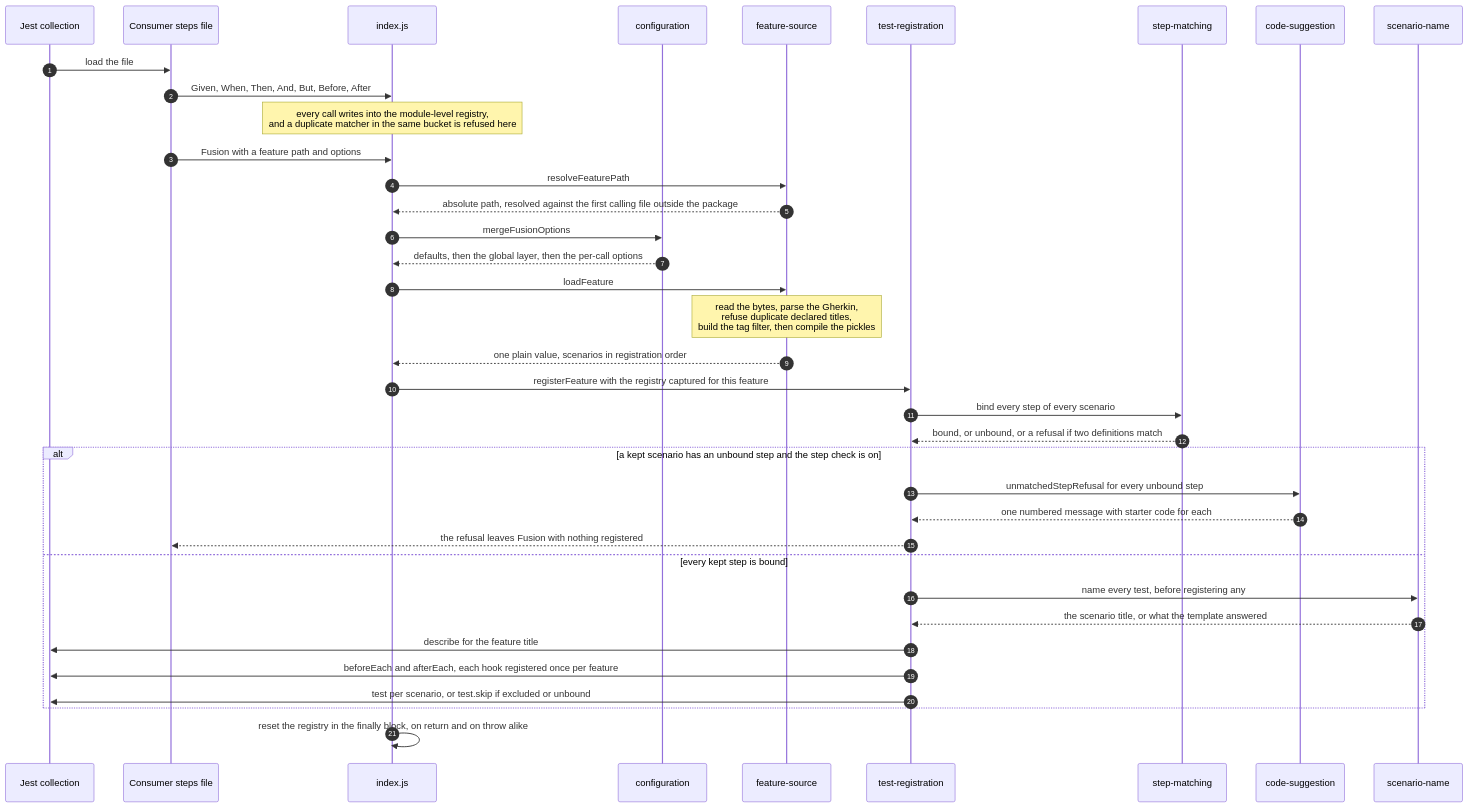
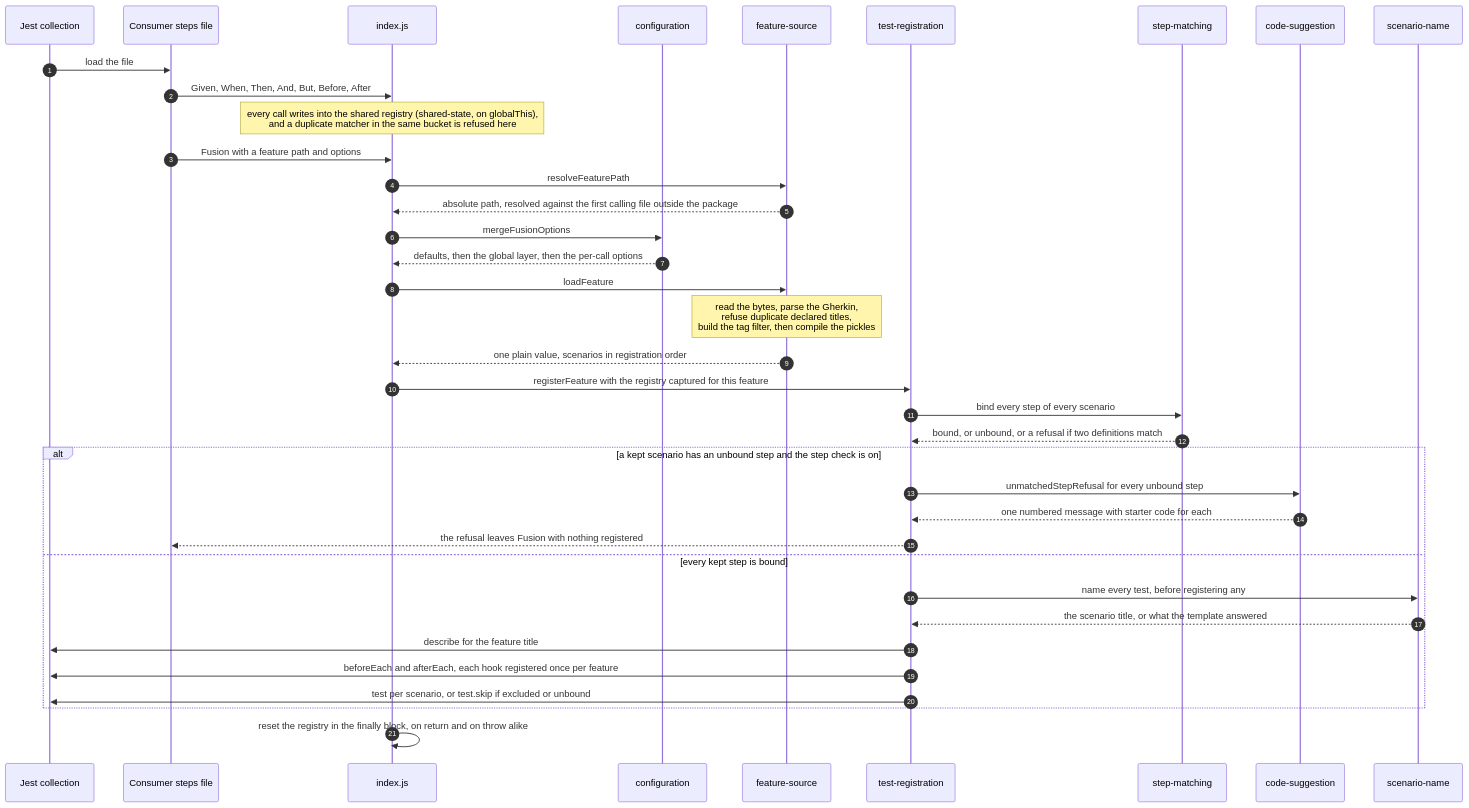
Before and after one commit to gotreasa/jest-cucumber-fusion: the third of 4 diagrams in docs/Architecture.md, drawn with Mermaid. The commit also changed other lines of this file and 15 other files, not shown here.

````diff
--- a/docs/Architecture.md
+++ b/docs/Architecture.md
@@ -154,40 +154,40 @@
 ```mermaid
 sequenceDiagram
     autonumber
     participant Jest as Jest collection
     participant Steps as Consumer steps file
     participant Fusion as index.js
     participant Config as configuration
     participant Source as feature-source
     participant Reg as test-registration
     participant Match as step-matching
     participant Suggest as code-suggestion
     participant Name as scenario-name
 
     Jest->>Steps: load the file
     Steps->>Fusion: Given, When, Then, And, But, Before, After
-    Note over Fusion: every call writes into the module-level registry,<br/>and a duplicate matcher in the same bucket is refused here
+    Note over Fusion: every call writes into the shared registry (shared-state, on globalThis),<br/>and a duplicate matcher in the same bucket is refused here
     Steps->>Fusion: Fusion with a feature path and options
     Fusion->>Source: resolveFeaturePath
     Source-->>Fusion: absolute path, resolved against the first calling file outside the package
     Fusion->>Config: mergeFusionOptions
     Config-->>Fusion: defaults, then the global layer, then the per-call options
     Fusion->>Source: loadFeature
     Note over Source: read the bytes, parse the Gherkin,<br/>refuse duplicate declared titles,<br/>build the tag filter, then compile the pickles
     Source-->>Fusion: one plain value, scenarios in registration order
     Fusion->>Reg: registerFeature with the registry captured for this feature
     Reg->>Match: bind every step of every scenario
     Match-->>Reg: bound, or unbound, or a refusal if two definitions match
     alt a kept scenario has an unbound step and the step check is on
         Reg->>Suggest: unmatchedStepRefusal for every unbound step
         Suggest-->>Reg: one numbered message with starter code for each
         Reg-->>Steps: the refusal leaves Fusion with nothing registered
     else every kept step is bound
         Reg->>Name: name every test, before registering any
         Name-->>Reg: the scenario title, or what the template answered
         Reg->>Jest: describe for the feature title
         Reg->>Jest: beforeEach and afterEach, each hook registered once per feature
         Reg->>Jest: test per scenario, or test.skip if excluded or unbound
     end
     Fusion->>Fusion: reset the registry in the finally block, on return and on throw alike
 ```
````
